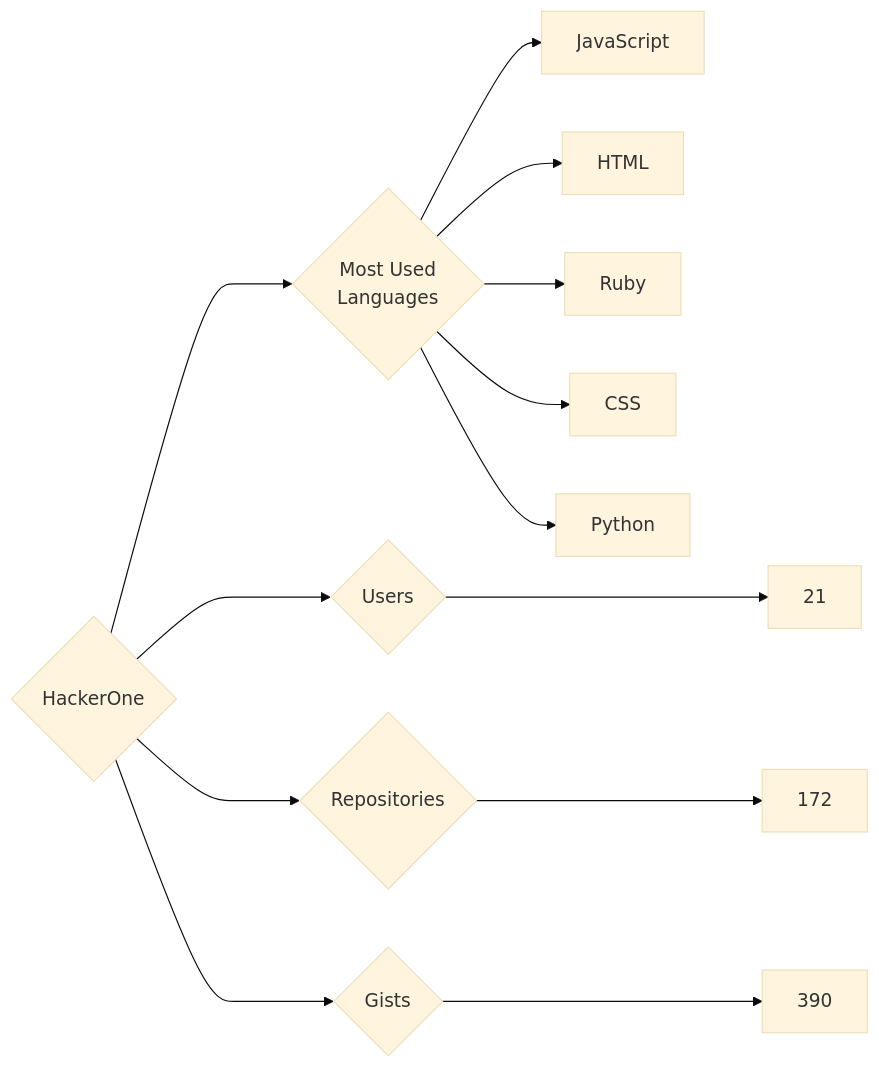
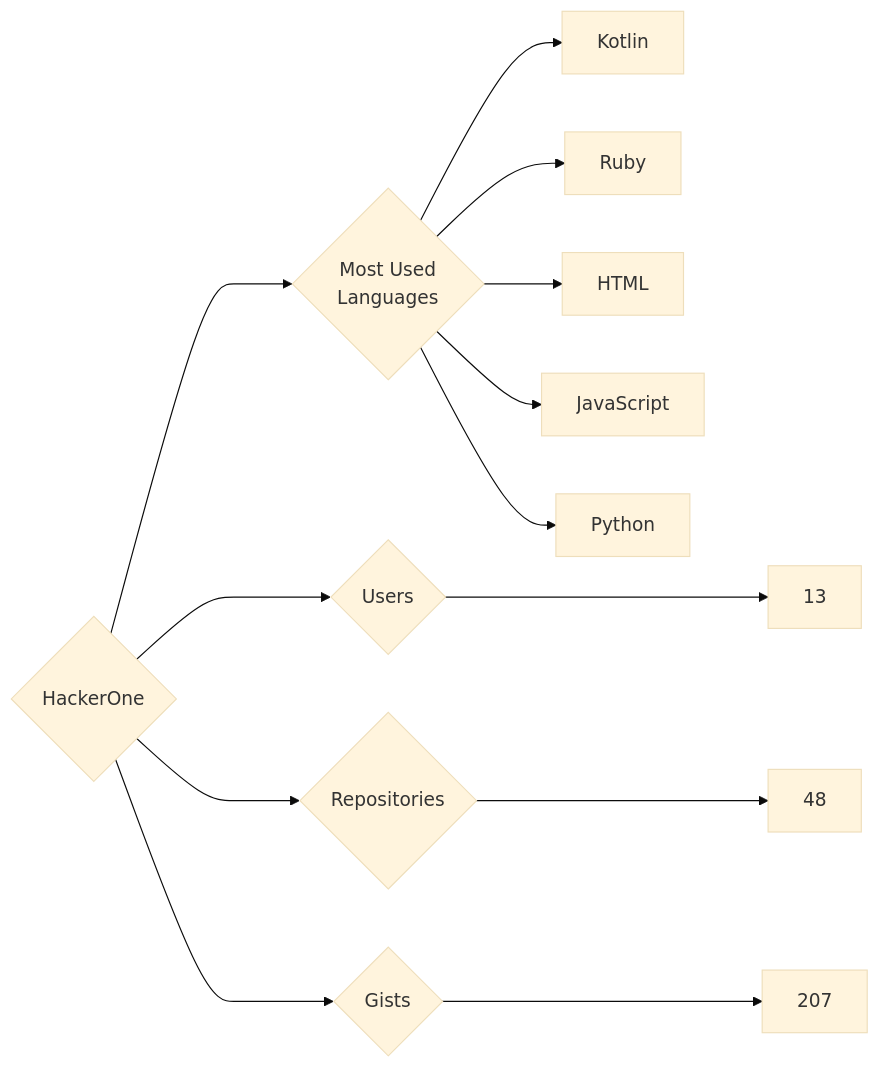
Before and after one commit to trickest/insiders: the diagram in targets/HackerOne/README.md, drawn with Mermaid (base theme). The commit also changed 1314 other files, not shown here.

````diff
--- a/targets/HackerOne/README.md
+++ b/targets/HackerOne/README.md
@@ -3,13 +3,13 @@
 ```mermaid
 graph LR
 COMPANY_NAME{HackerOne}
-COMPANY_NAME ---> U{Users} ---> UN[21]
-COMPANY_NAME ---> R{Repositories} ---> RN[172]
-COMPANY_NAME ---> G{Gists} ---> GN[390]
+COMPANY_NAME ---> U{Users} ---> UN[13]
+COMPANY_NAME ---> R{Repositories} ---> RN[48]
+COMPANY_NAME ---> G{Gists} ---> GN[207]
 COMPANY_NAME ---> ML{Most Used<br>Languages}
+ML --> Kotlin[Kotlin]
+ML --> Ruby[Ruby]
+ML --> HTML[HTML]
 ML --> JavaScript[JavaScript]
-ML --> HTML[HTML]
-ML --> Ruby[Ruby]
-ML --> CSS[CSS]
 ML --> Python[Python]
 ```
````
